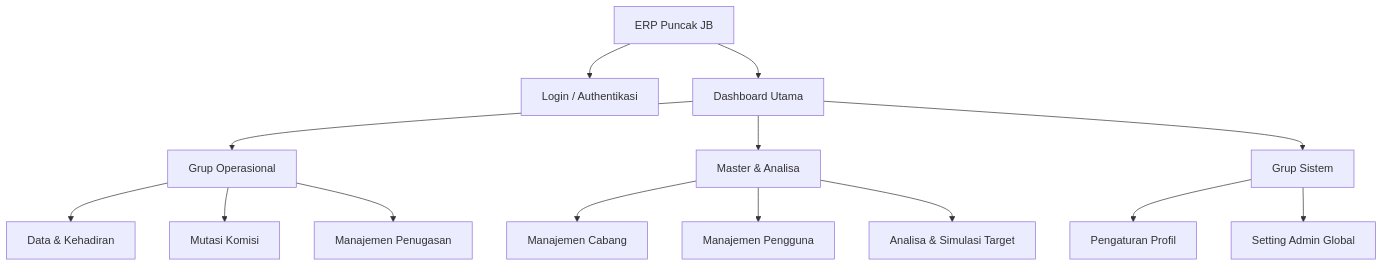
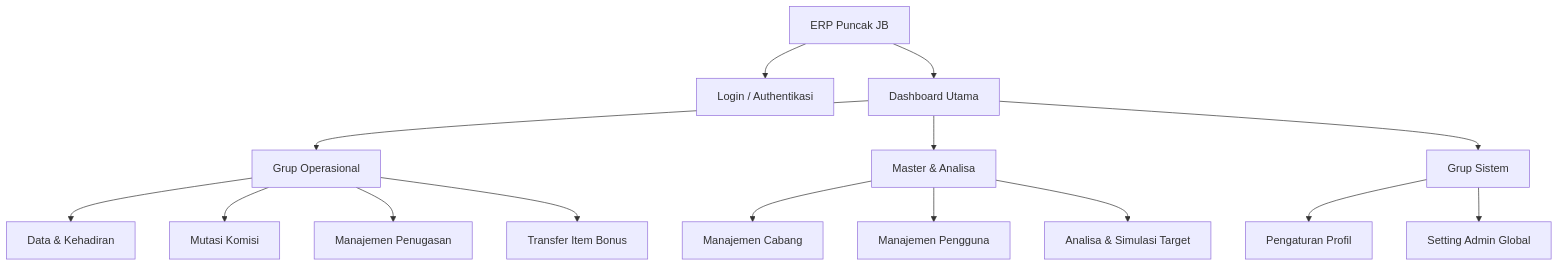
The diagram in docs/SITEMAP.md (aarissutrisna/komcsbyantig), drawn with Mermaid before and after one commit. The commit also changed other lines of this file and 35 other files, not shown here.

First line of the commit message:
feat: Transfer Item Bonus + bonus calculation settings + update all docs

````diff
--- a/docs/SITEMAP.md
+++ b/docs/SITEMAP.md
@@ -9,19 +9,20 @@
 ```mermaid
 graph TD
     Root[ERP Puncak JB] --> Login[Login / Authentikasi]
     Root --> Dashboard[Dashboard Utama]
     
     Dashboard --> Operasional[Grup Operasional]
     Operasional --> Data[Data & Kehadiran]
     Operasional --> Mutasi[Mutasi Komisi]
     Operasional --> Penugasan[Manajemen Penugasan]
+    Operasional --> TransferBonus[Transfer Item Bonus]
     
     Dashboard --> Master[Master & Analisa]
     Master --> Cabang[Manajemen Cabang]
     Master --> Pengguna[Manajemen Pengguna]
     Master --> Analisa[Analisa & Simulasi Target]
     
     Dashboard --> Sistem[Grup Sistem]
     Sistem --> Profil[Pengaturan Profil]
     Sistem --> Admin[Setting Admin Global]
 ```
````
